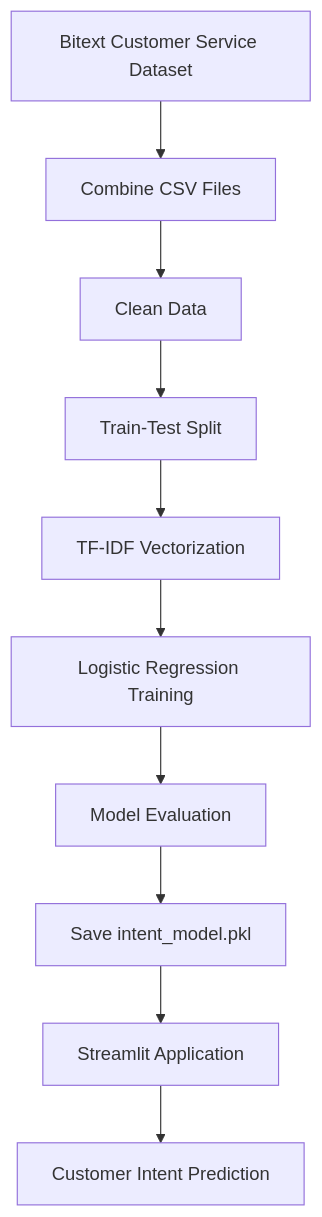
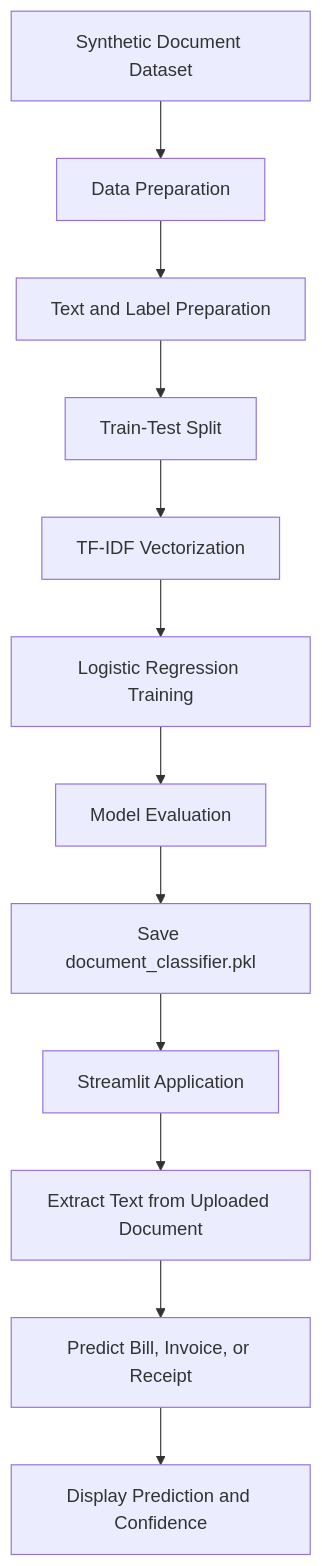
Before and after one commit to tanush090/customer-intent-predictor: the second of 2 diagrams in README.md, drawn with Mermaid. The commit also changed other lines of this file, not shown here.

````diff
--- a/README.md
+++ b/README.md
@@ -57,12 +71,14 @@
 ```mermaid
 flowchart TD
-    A["Bitext Customer Service Dataset"] --> B["Combine CSV Files"]
-    B --> C["Clean Data"]
+    A["Synthetic Document Dataset"] --> B["Data Preparation"]
+    B --> C["Text and Label Preparation"]
     C --> D["Train-Test Split"]
     D --> E["TF-IDF Vectorization"]
     E --> F["Logistic Regression Training"]
     F --> G["Model Evaluation"]
-    G --> H["Save intent_model.pkl"]
+    G --> H["Save document_classifier.pkl"]
     H --> I["Streamlit Application"]
-    I --> J["Customer Intent Prediction"]
+    I --> J["Extract Text from Uploaded Document"]
+    J --> K["Predict Bill, Invoice, or Receipt"]
+    K --> L["Display Prediction and Confidence"]
 ```
````
